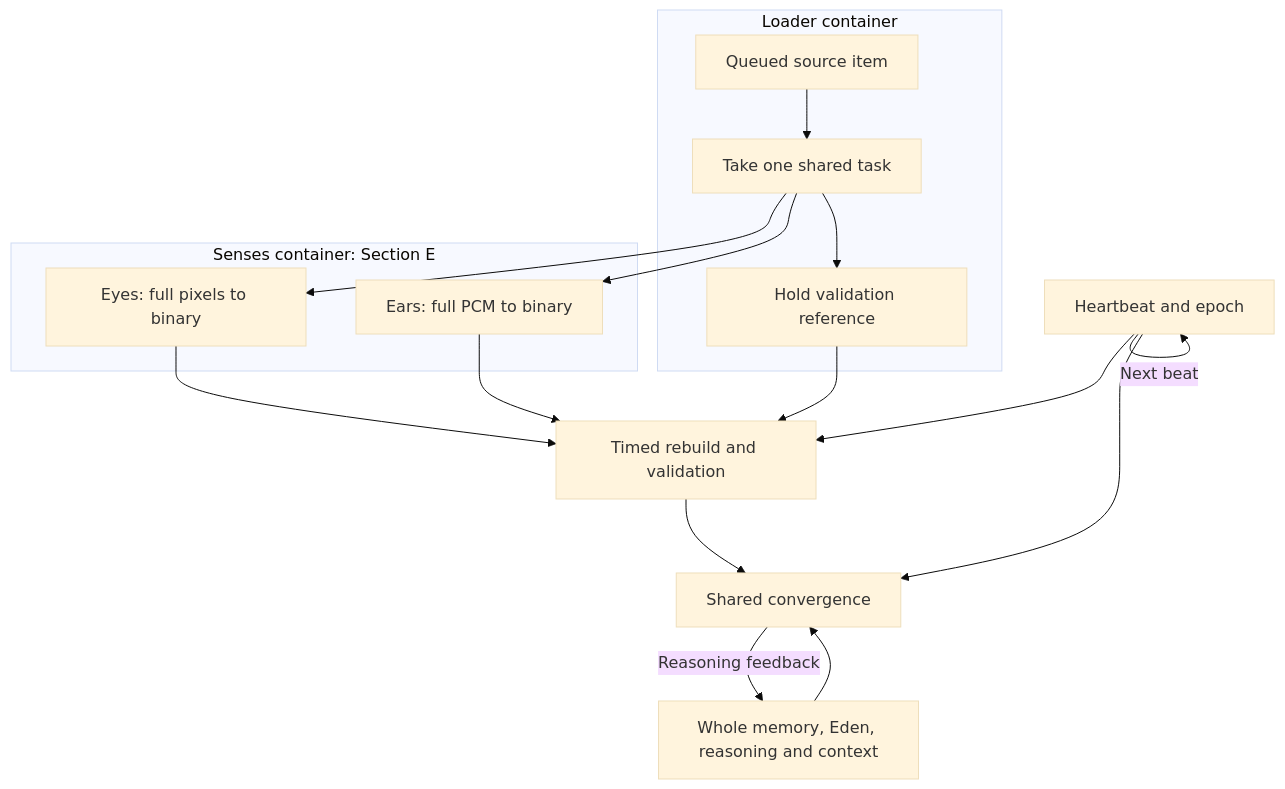
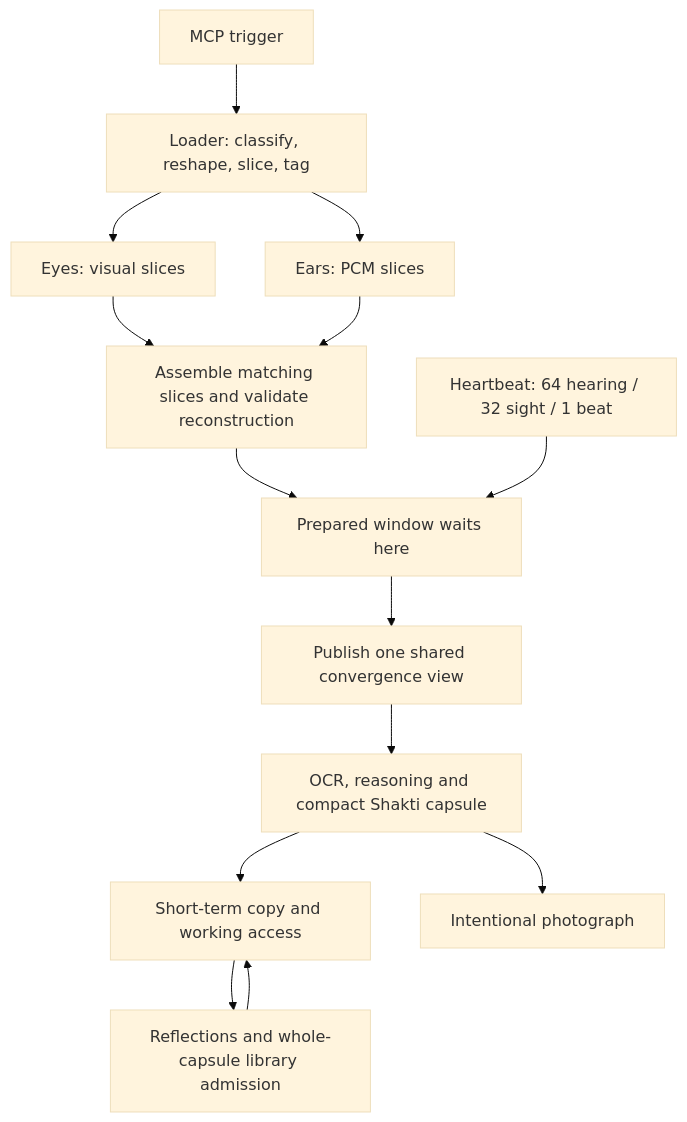
One commit to TylerALofall/Shakti_No_Dream_WithOut_The_Team changed the diagram in 01_README.md. Above: the diagram before and after it, drawn with Mermaid (base theme). The commit also changed other lines of this file and 33 other files, not shown here.

First line of the commit message:
Add staged sensory loader with heartbeat publication and native OCR proof

````diff
--- a/01_README.md
+++ b/01_README.md
@@ -110,22 +131,16 @@
 ```mermaid
 flowchart TD
-    subgraph L["Loader container"]
-        Q["Queued source item"] --> T["Take one shared task"]
-        T --> R["Hold validation reference"]
-    end
-    subgraph E["Senses container: Section E"]
-        V["Eyes: full pixels to binary"]
-        A["Ears: full PCM to binary"]
-    end
-    T --> V
-    T --> A
-    V --> B["Timed rebuild and validation"]
-    A --> B
-    R --> B
-    B --> C["Shared convergence"]
-    H["Heartbeat and epoch"] --> B
-    H --> C
-    H -->|"Next beat"| H
-    M["Whole memory, Eden, reasoning and context"] --> C
-    C -->|"Reasoning feedback"| M
+    T["MCP trigger"] --> L["Loader: classify, reshape, slice, tag"]
+    L --> E["Eyes: visual slices"]
+    L --> A["Ears: PCM slices"]
+    E --> C["Assemble matching slices and validate reconstruction"]
+    A --> C
+    C --> Q["Prepared window waits here"]
+    H["Heartbeat: 64 hearing / 32 sight / 1 beat"] --> Q
+    Q --> V["Publish one shared convergence view"]
+    V --> R["OCR, reasoning and compact Shakti capsule"]
+    R --> S["Short-term copy and working access"]
+    R --> P["Intentional photograph"]
+    S --> F["Reflections and whole-capsule library admission"]
+    F --> S
 ```
````
